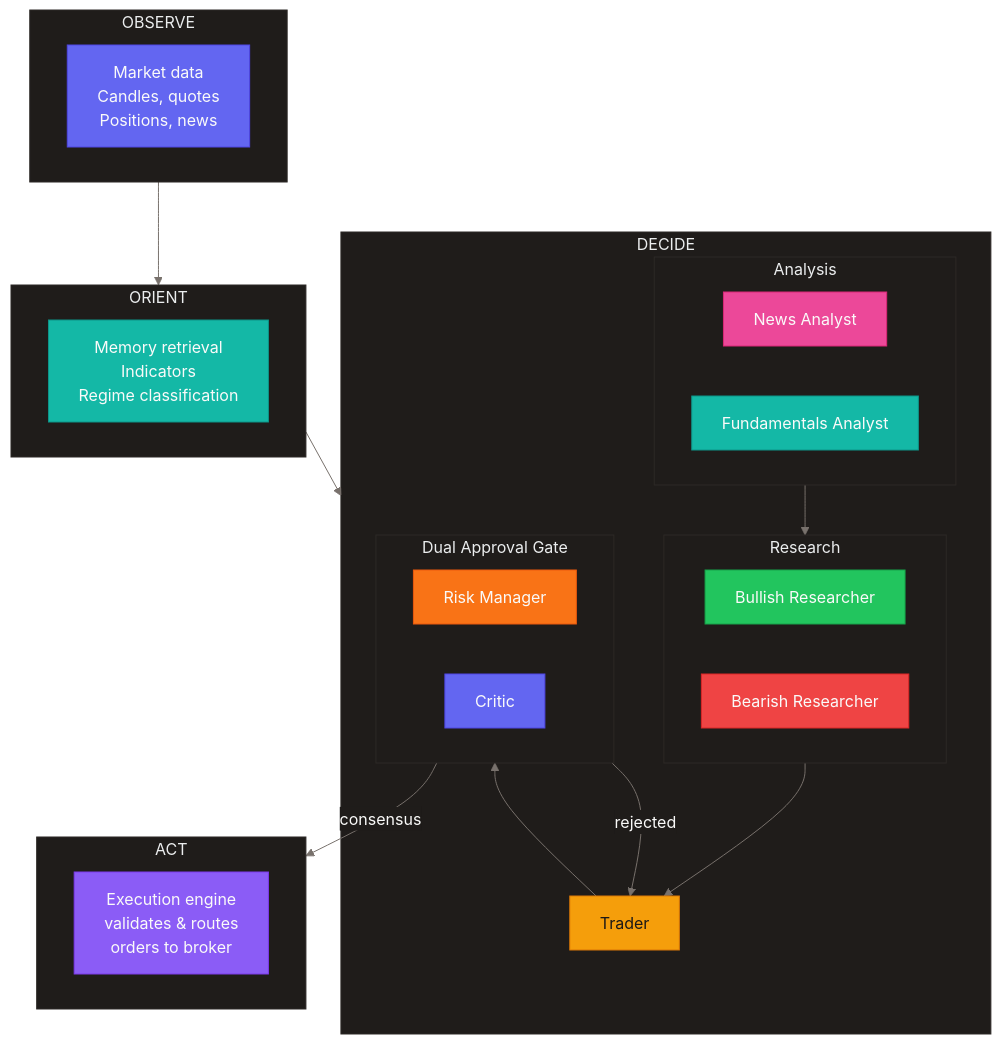
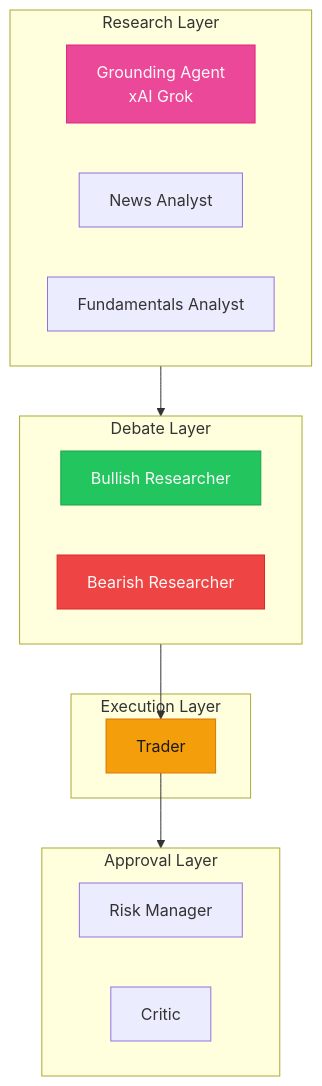
Before and after one commit to ccheney/cream: the third of 6 diagrams in PROJECT.md, drawn with Mermaid. The commit also changed other lines of this file and 30 other files, not shown here.

First line of the commit message:
feat(storage): enhance README with architecture, environment isolation, and repository patterns

````diff
--- a/PROJECT.md
+++ b/PROJECT.md
@@ -11,84 +88,29 @@
 ```mermaid
-%%{init: {'theme': 'base', 'themeVariables': {
-  'primaryColor': '#D97706',
-  'primaryTextColor': '#FAFAF9',
-  'primaryBorderColor': '#B45309',
-  'lineColor': '#78716C',
-  'secondaryColor': '#1F1C1A',
-  'tertiaryColor': '#141211',
-  'background': '#0C0A09',
-  'mainBkg': '#141211',
-  'textColor': '#D6D3D1',
-  'clusterBkg': '#1F1C1A',
-  'clusterBorder': '#2D2926'
-}}}%%
 flowchart TB
-    subgraph Observe["OBSERVE"]
-        O1["`Market data
-        Candles, quotes
-        Positions, news`"]
+    subgraph Research["Research Layer"]
+        GA[Grounding Agent<br/>xAI Grok]
+        NA[News Analyst]
+        FA[Fundamentals Analyst]
     end
 
-    subgraph Orient["ORIENT"]
-        O2["`Memory retrieval
-        Indicators
-        Regime classification`"]
+    subgraph Debate["Debate Layer"]
+        Bull[Bullish Researcher]
+        Bear[Bearish Researcher]
     end
 
-    subgraph Decide["DECIDE"]
-        subgraph Analysis["Analysis"]
-            NA["News Analyst"]
-            FA["Fundamentals Analyst"]
-        end
-
-        subgraph Research["Research"]
-            Bull["Bullish Researcher"]
-            Bear["Bearish Researcher"]
-        end
-
-        Trader["Trader"]
-
-        subgraph Approval["Dual Approval Gate"]
-            RM["Risk Manager"]
-            CR["Critic"]
-        end
-
-        Analysis --> Research --> Trader --> Approval
+    subgraph Execution["Execution Layer"]
+        TR[Trader]
     end
 
-    subgraph Act["ACT"]
-        O4["`Execution engine
-        validates & routes
-        orders to broker`"]
+    subgraph Approval["Approval Layer"]
+        RM[Risk Manager]
+        CR[Critic]
     end
 
-    Observe --> Orient --> Decide
-    Approval -->|consensus| Act
-    Approval -->|rejected| Trader
+    Research --> Debate --> TR --> Approval
 
-    %% OODA Phase styling
-    classDef observe fill:#6366F1,stroke:#4F46E5,color:#FAFAF9
-    classDef orient fill:#14B8A6,stroke:#0D9488,color:#FAFAF9
-    classDef decide fill:#D97706,stroke:#B45309,color:#FAFAF9
-    classDef act fill:#8B5CF6,stroke:#7C3AED,color:#FAFAF9
-
-    %% Agent-specific styling
-    classDef news fill:#EC4899,stroke:#DB2777,color:#FAFAF9
-    classDef fundamentals fill:#14B8A6,stroke:#0D9488,color:#FAFAF9
-    classDef bullish fill:#22C55E,stroke:#16A34A,color:#FAFAF9
-    classDef bearish fill:#EF4444,stroke:#DC2626,color:#FAFAF9
-    classDef trader fill:#F59E0B,stroke:#D97706,color:#1C1917
-    classDef risk fill:#F97316,stroke:#EA580C,color:#FAFAF9
-    classDef critic fill:#6366F1,stroke:#4F46E5,color:#FAFAF9
-
-    class O1 observe
-    class O2 orient
-    class O4 act
-    class NA news
-    class FA fundamentals
-    class Bull bullish
-    class Bear bearish
-    class Trader trader
-    class RM risk
-    class CR critic
+    style GA fill:#EC4899,stroke:#DB2777,color:#FAFAF9
+    style Bull fill:#22C55E,stroke:#16A34A,color:#FAFAF9
+    style Bear fill:#EF4444,stroke:#DC2626,color:#FAFAF9
+    style TR fill:#F59E0B,stroke:#D97706,color:#1C1917
 ```
````
